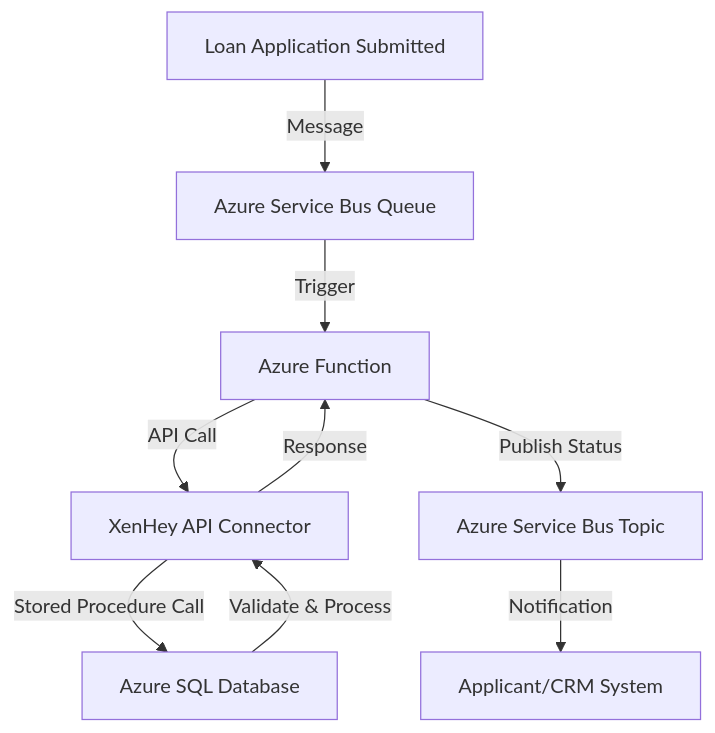
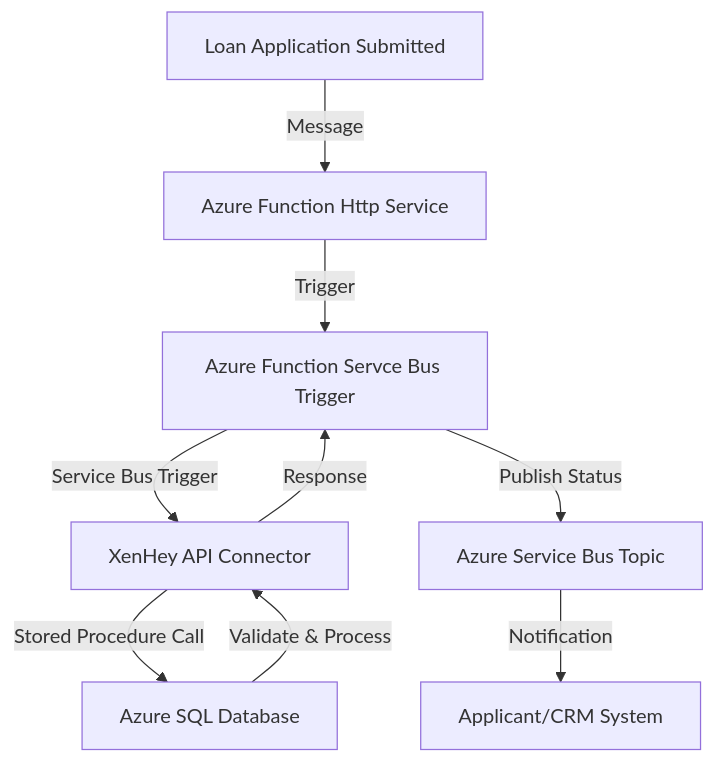
One commit to oigbokwe73/AzureServiceBusToSQL changed the diagram in README.md. Above: the diagram before and after it, drawn with Mermaid.

````diff
--- a/README.md
+++ b/README.md
@@ -58,11 +58,11 @@
 ```mermaid
 graph TD
-    A[Loan Application Submitted] -->|Message| B[Azure Service Bus Queue]
-    B -->|Trigger| C[Azure Function]
-    C -->|API Call| D[XenHey API Connector]
+    A[Loan Application Submitted] -->|Message| B[Azure Function Http Service]
+    B -->|Trigger| C[Azure Function Servce Bus Trigger]
+    C -->|Service Bus Trigger | D[XenHey API Connector]
     D -->|Stored Procedure Call| E[Azure SQL Database]
     E -->|Validate & Process| D
     D -->|Response| C
     C -->|Publish Status| F[Azure Service Bus Topic]
     F -->|Notification| G[Applicant/CRM System]
 ```
````
